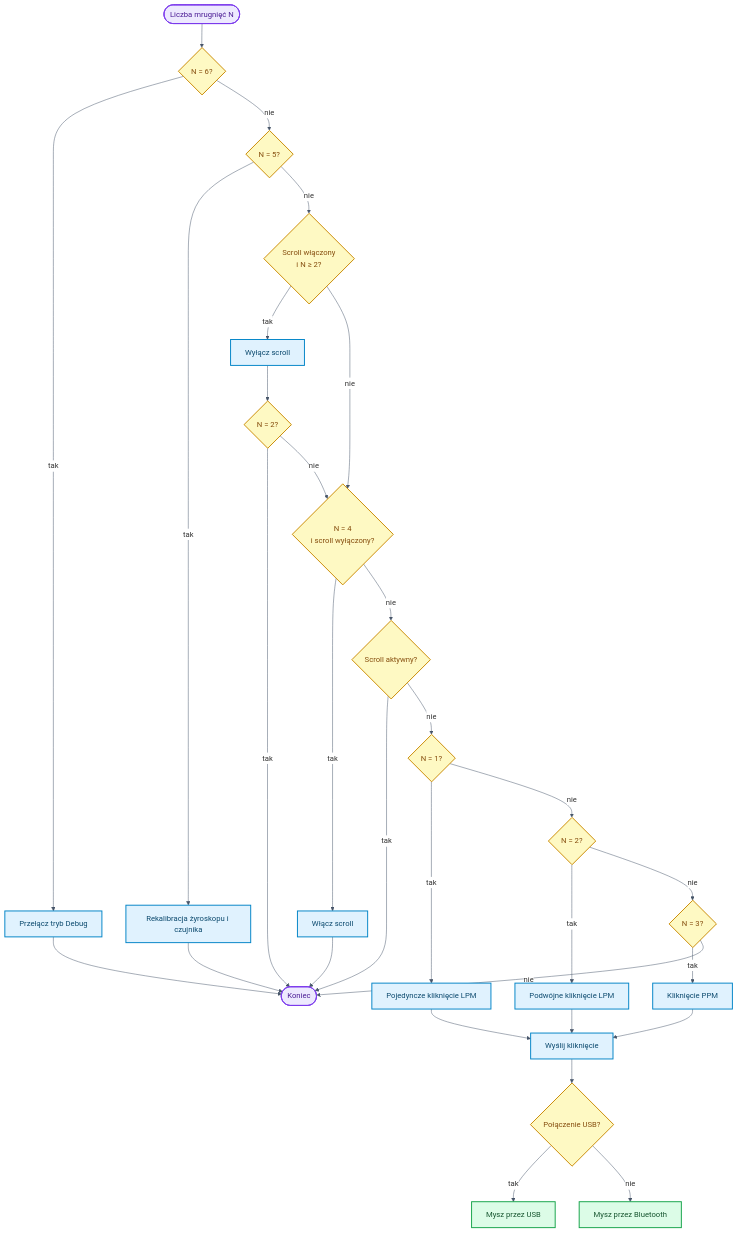
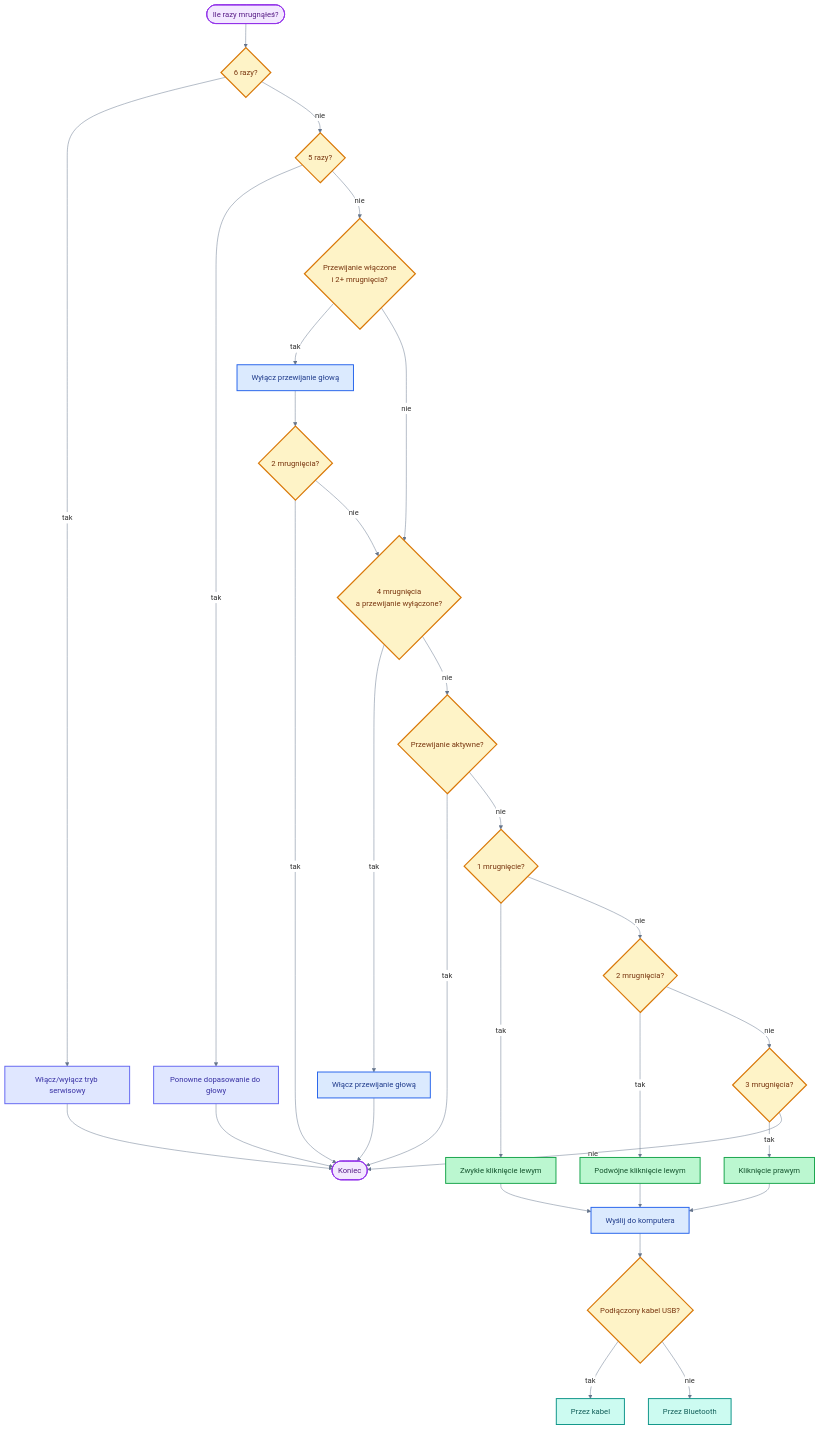
One commit to bartkadres-ai/HEFAS-4.0 changed the ninth of 10 diagrams in README.md. Above: the diagram before and after it, drawn with Mermaid. The commit also changed other lines of this file, not shown here.

````diff
--- a/README.md
+++ b/README.md
@@ -601,46 +621,50 @@
 ```mermaid
-%%{init: { 'theme': 'default', 'themeVariables': { 'darkMode': false, 'background': '#ffffff', 'mainBkg': '#ffffff', 'primaryColor': '#ffffff', 'secondaryColor': '#ffffff', 'tertiaryColor': '#ffffff', 'primaryTextColor': '#1e293b', 'lineColor': '#475569', 'clusterBkg': '#f8fafc', 'clusterBorder': '#cbd5e1', 'edgeLabelBackground': '#ffffff', 'noteBkgColor': '#f8fafc', 'noteTextColor': '#475569' }}}%%
+%%{init: { 'theme': 'default', 'themeVariables': { 'darkMode': false, 'background': '#ffffff', 'mainBkg': '#ffffff', 'primaryColor': '#ffffff', 'secondaryColor': '#ffffff', 'tertiaryColor': '#ffffff', 'primaryTextColor': '#1e293b', 'secondaryTextColor': '#334155', 'lineColor': '#64748b', 'primaryBorderColor': '#94a3b8', 'clusterBkg': '#f1f5f9', 'clusterBorder': '#94a3b8', 'edgeLabelBackground': '#ffffff', 'noteBkgColor': '#f8fafc', 'noteTextColor': '#475569', 'fontFamily': 'arial' }}}%%
 flowchart TD
-    P([Liczba mrugnięć N]) --> S6{N = 6?}
-    S6 -->|tak| DBG[Przełącz tryb Debug]
-    S6 -->|nie| S5{N = 5?}
-    S5 -->|tak| K5[Rekalibracja żyroskopu i czujnika]
-    S5 -->|nie| SCR{Scroll włączony<br/>i N ≥ 2?}
+    P([Ile razy mrugnąłeś?]) --> S6{6 razy?}
+    S6 -->|tak| DBG[Włącz/wyłącz tryb serwisowy]
+    S6 -->|nie| S5{5 razy?}
+    S5 -->|tak| K5[Ponowne dopasowanie do głowy]
+    S5 -->|nie| SCR{Przewijanie włączone<br/>i 2+ mrugnięcia?}
 
-    SCR -->|tak| SOFF[Wyłącz scroll]
-    SOFF --> S2{N = 2?}
+    SCR -->|tak| SOFF[Wyłącz przewijanie głową]
+    SOFF --> S2{2 mrugnięcia?}
     S2 -->|tak| PEND([Koniec])
     S2 -->|nie| S4A
 
-    SCR -->|nie| S4A{N = 4<br/>i scroll wyłączony?}
-    S4A -->|tak| SON[Włącz scroll]
-    S4A -->|nie| SCRC{Scroll aktywny?}
+    SCR -->|nie| S4A{4 mrugnięcia<br/>a przewijanie wyłączone?}
+    S4A -->|tak| SON[Włącz przewijanie głową]
+    S4A -->|nie| SCRC{Przewijanie aktywne?}
 
     SON --> PEND
     SCRC -->|tak| PEND
-    SCRC -->|nie| N1{N = 1?}
-    N1 -->|tak| LPM[Pojedyncze kliknięcie LPM]
-    N1 -->|nie| N2{N = 2?}
-    N2 -->|tak| DBL[Podwójne kliknięcie LPM]
-    N2 -->|nie| N3{N = 3?}
-    N3 -->|tak| PPM[Kliknięcie PPM]
+    SCRC -->|nie| N1{1 mrugnięcie?}
+    N1 -->|tak| LPM[Zwykłe kliknięcie lewym]
+    N1 -->|nie| N2{2 mrugnięcia?}
+    N2 -->|tak| DBL[Podwójne kliknięcie lewym]
+    N2 -->|nie| N3{3 mrugnięcia?}
+    N3 -->|tak| PPM[Kliknięcie prawym]
     N3 -->|nie| PEND
 
-    LPM --> Q[Wyślij kliknięcie]
+    LPM --> Q[Wyślij do komputera]
     DBL --> Q
     PPM --> Q
-    Q --> U{Połączenie USB?}
-    U -->|tak| USBM[Mysz przez USB]
-    U -->|nie| BLEM[Mysz przez Bluetooth]
+    Q --> U{Podłączony kabel USB?}
+    U -->|tak| USBM[Przez kabel]
+    U -->|nie| BLEM[Przez Bluetooth]
     DBG --> PEND
     K5 --> PEND
 
-    classDef startEnd fill:#ede9fe,stroke:#7c3aed,stroke-width:2px,color:#4c1d95
-    classDef process fill:#e0f2fe,stroke:#0284c7,stroke-width:2px,color:#0c4a6e
-    classDef decision fill:#fef9c3,stroke:#ca8a04,stroke-width:2px,color:#854d0e
-    classDef io fill:#dcfce7,stroke:#16a34a,stroke-width:2px,color:#14532d
+    classDef startEnd fill:#f3e8ff,stroke:#9333ea,stroke-width:2px,color:#581c87
+    classDef process fill:#dbeafe,stroke:#2563eb,stroke-width:2px,color:#1e3a8a
+    classDef decision fill:#fef3c7,stroke:#d97706,stroke-width:2.5px,color:#78350f
+    classDef connect fill:#ccfbf1,stroke:#0d9488,stroke-width:2px,color:#115e59
+    classDef success fill:#bbf7d0,stroke:#16a34a,stroke-width:2px,color:#14532d
+    classDef setup fill:#e0e7ff,stroke:#6366f1,stroke-width:2px,color:#3730a3
     class P,PEND startEnd
-    class DBG,K5,SOFF,SON,LPM,DBL,PPM,Q process
+    class SOFF,SON,Q process
+    class DBG,K5 setup
+    class LPM,DBL,PPM success
     class S6,S5,SCR,S2,S4A,SCRC,N1,N2,N3,U decision
-    class USBM,BLEM io
+    class USBM,BLEM connect
 ```
````
